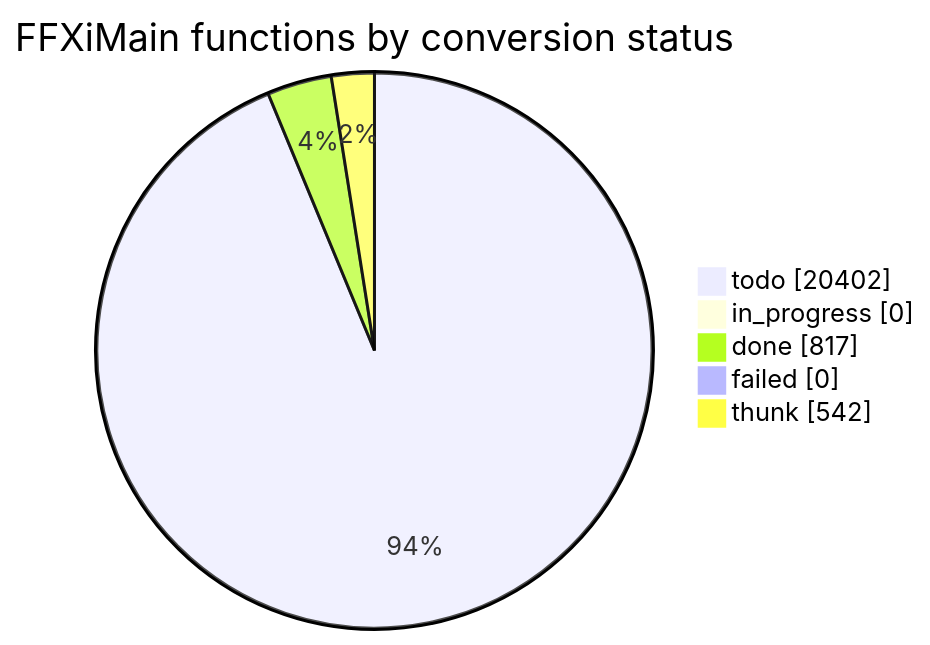
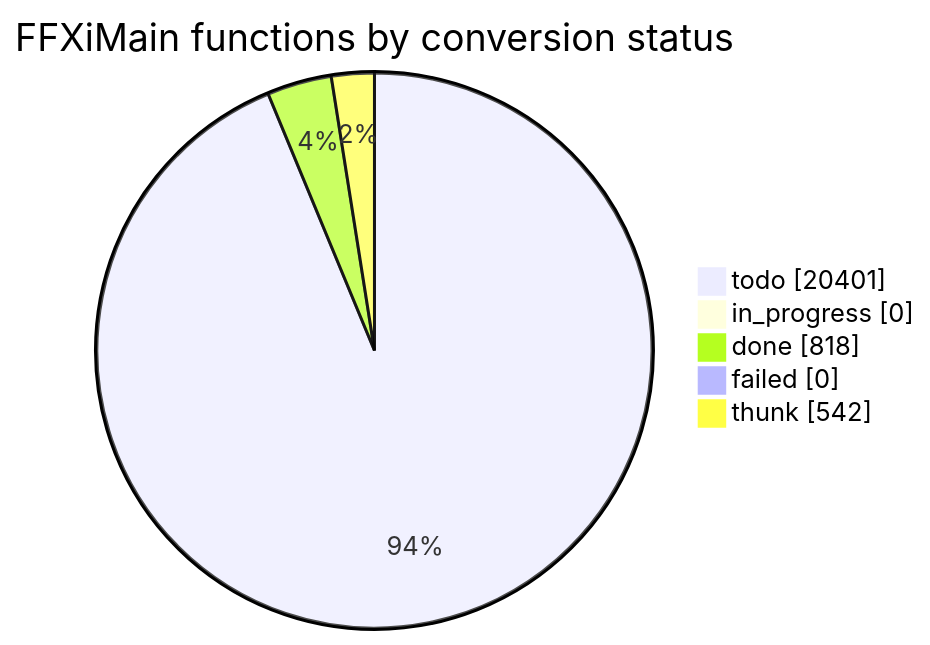
The diagram in docs/cow/STATUS.md (cowrevenge/cow_kuluu_xi_anything), drawn with Mermaid before and after one commit. The commit also changed other lines of this file and 9 other files, not shown here.

````diff
--- a/docs/cow/STATUS.md
+++ b/docs/cow/STATUS.md
@@ -18,9 +18,9 @@
 ```mermaid
 pie showData
     title FFXiMain functions by conversion status
-    "todo" : 20402
+    "todo" : 20401
     "in_progress" : 0
-    "done" : 817
+    "done" : 818
     "failed" : 0
     "thunk" : 542
 ```
````
